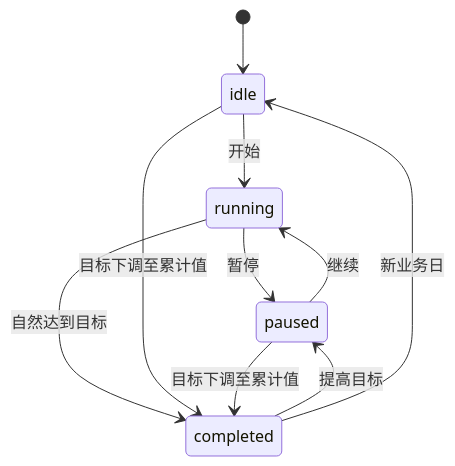
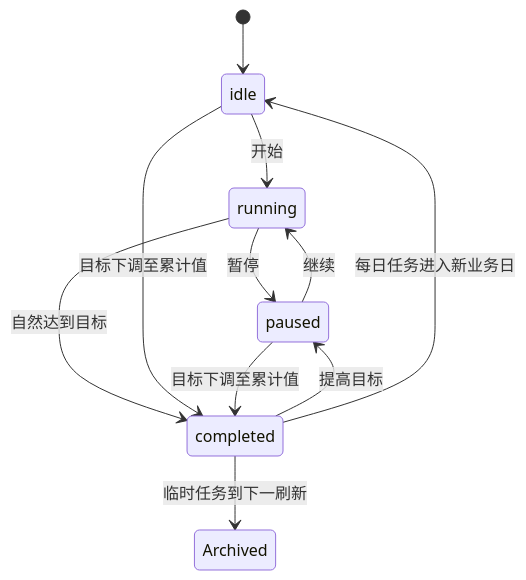
The diagram in docs/functions/timer.md (SCPZ24/Peeker), drawn with Mermaid before and after one commit. The commit also changed other lines of this file and 8 other files, not shown here.

````diff
--- a/docs/functions/timer.md
+++ b/docs/functions/timer.md
@@ -52,12 +88,13 @@
 ```mermaid
 stateDiagram-v2
     [*] --> idle
     idle --> running: 开始
     running --> paused: 暂停
     paused --> running: 继续
     running --> completed: 自然达到目标
     idle --> completed: 目标下调至累计值
     paused --> completed: 目标下调至累计值
     completed --> paused: 提高目标
-    completed --> idle: 新业务日
+    completed --> idle: 每日任务进入新业务日
+    completed --> Archived: 临时任务到下一刷新
 ```
````
